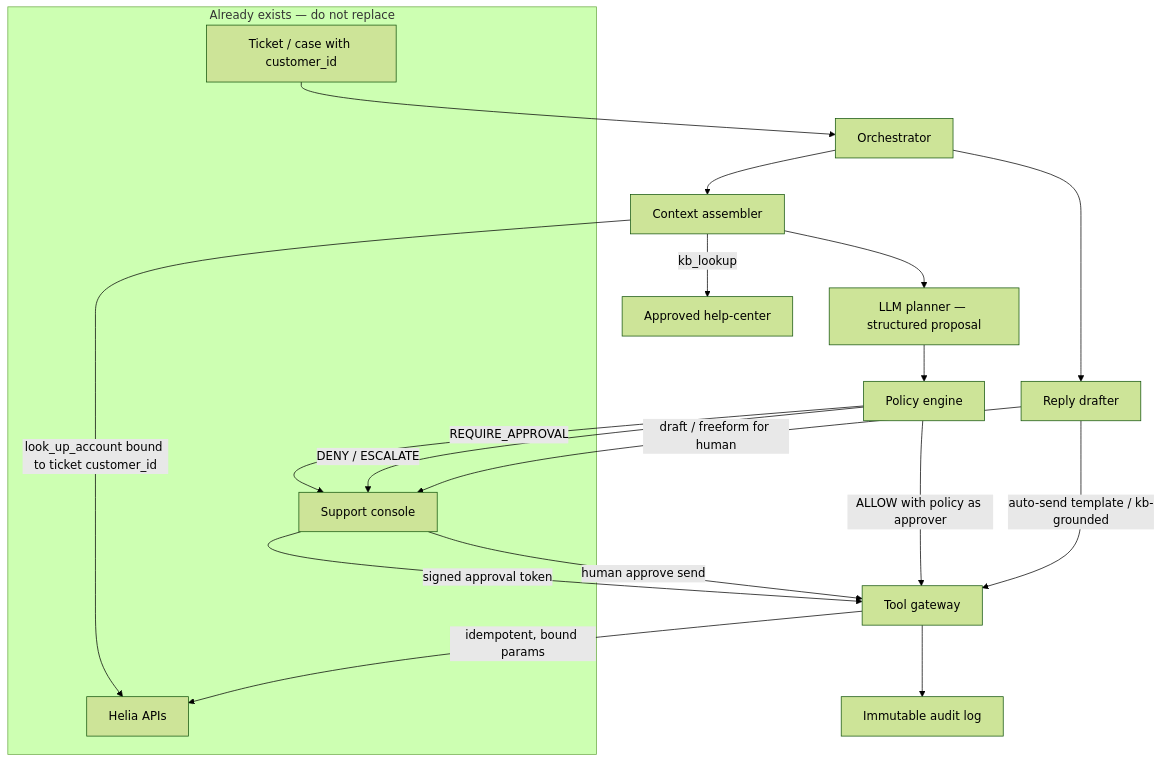
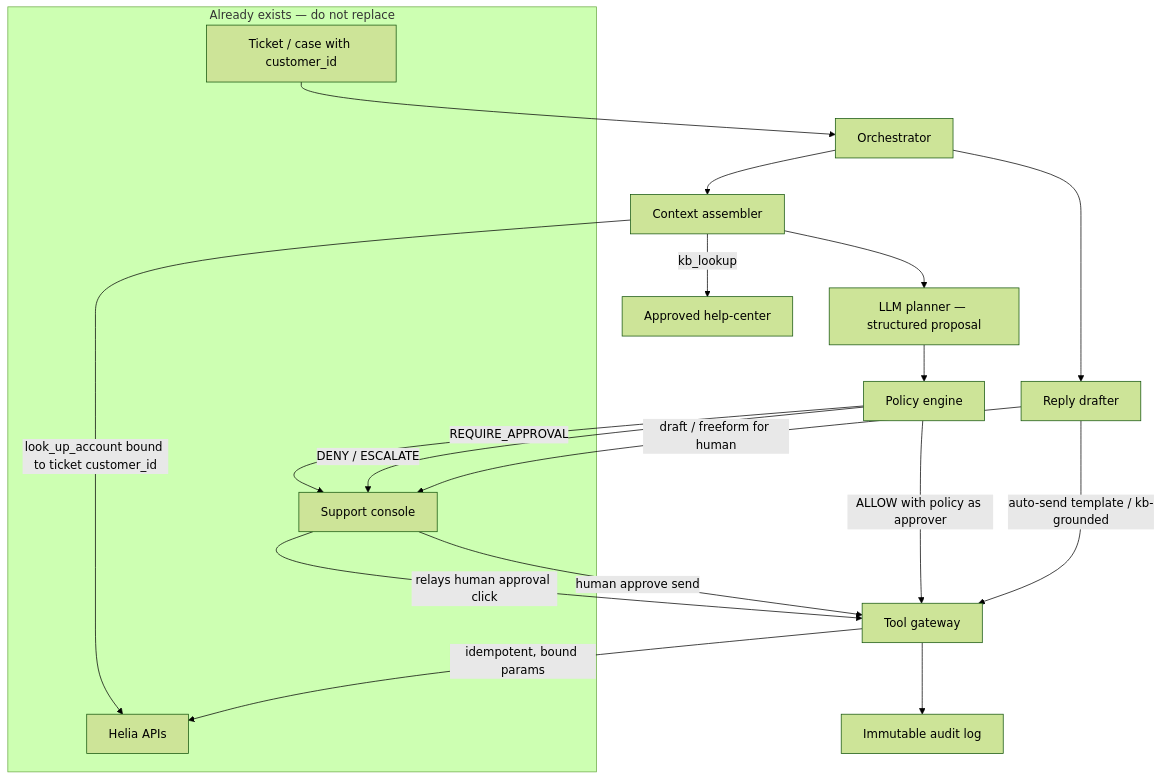
One commit to abhia1137/helia-ai-support-agent changed the diagram in DESIGN.md. Above: the diagram before and after it, drawn with Mermaid (forest theme). The commit also changed other lines of this file and 1 other file, not shown here.

````diff
--- a/DESIGN.md
+++ b/DESIGN.md
@@ -42,25 +42,25 @@
 ```mermaid
 flowchart TB
   subgraph existing [Already exists — do not replace]
     Ticket[Ticket / case with customer_id]
     Console[Support console]
     Helia[Helia APIs]
   end
 
   Ticket --> Orch[Orchestrator]
   Orch --> Ctx[Context assembler]
   Ctx -->|look_up_account bound to ticket customer_id| Helia
   Ctx -->|kb_lookup| KB[Approved help-center]
   Ctx --> Plan[LLM planner — structured proposal]
   Plan --> Pol[Policy engine]
   Pol -->|REQUIRE_APPROVAL| Console
-  Console -->|signed approval token| GW[Tool gateway]
+  Console -->|relays human approval click| GW[Tool gateway]
   Pol -->|ALLOW with policy as approver| GW
   Pol -->|DENY / ESCALATE| Console
   GW -->|idempotent, bound params| Helia
   GW --> Audit[Immutable audit log]
   Orch --> Draft[Reply drafter]
   Draft -->|draft / freeform for human| Console
   Draft -->|auto-send template / kb-grounded| GW
   Console -->|human approve send| GW
 ```
````
